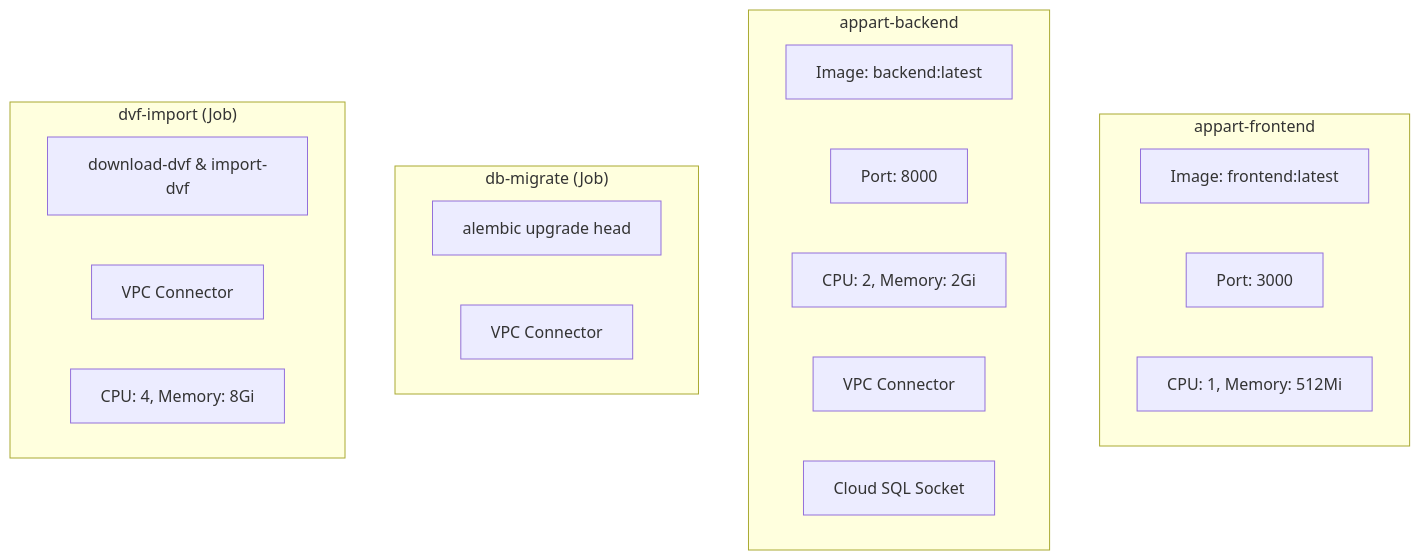
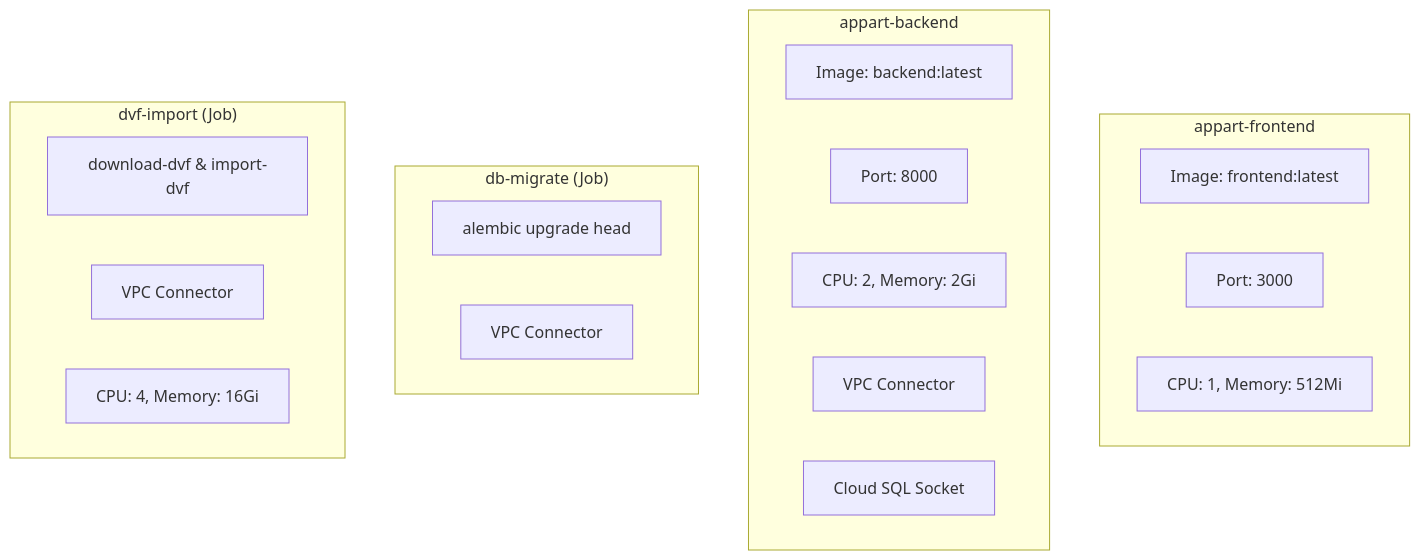
The sixth of 7 diagrams in docs/deployment/infrastructure.md (benjamin-karaoglan/AppArtAgent), drawn with Mermaid before and after one commit. The commit also changed 2 other files, not shown here.

Commit message:
docs: fix remaining 8 GiB references to 16 GiB for DVF import
Update Mermaid diagram in infrastructure.md, README, and Terraform
comment to reflect the memory bump from the OOM fix.

````diff
--- a/docs/deployment/infrastructure.md
+++ b/docs/deployment/infrastructure.md
@@ -266,27 +266,27 @@
 ```mermaid
 flowchart TB
     subgraph Frontend["appart-frontend"]
         FE_Image["Image: frontend:latest"]
         FE_Port["Port: 3000"]
         FE_Resources["CPU: 1, Memory: 512Mi"]
     end
 
     subgraph Backend["appart-backend"]
         BE_Image["Image: backend:latest"]
         BE_Port["Port: 8000"]
         BE_Resources["CPU: 2, Memory: 2Gi"]
         BE_VPC["VPC Connector"]
         BE_SQL["Cloud SQL Socket"]
     end
 
     subgraph MigrationJob["db-migrate (Job)"]
         MIG_CMD["alembic upgrade head"]
         MIG_VPC["VPC Connector"]
     end
 
     subgraph DVFJob["dvf-import (Job)"]
         DVF_CMD["download-dvf & import-dvf"]
         DVF_VPC["VPC Connector"]
-        DVF_RES["CPU: 4, Memory: 8Gi"]
+        DVF_RES["CPU: 4, Memory: 16Gi"]
     end
 ```
````
